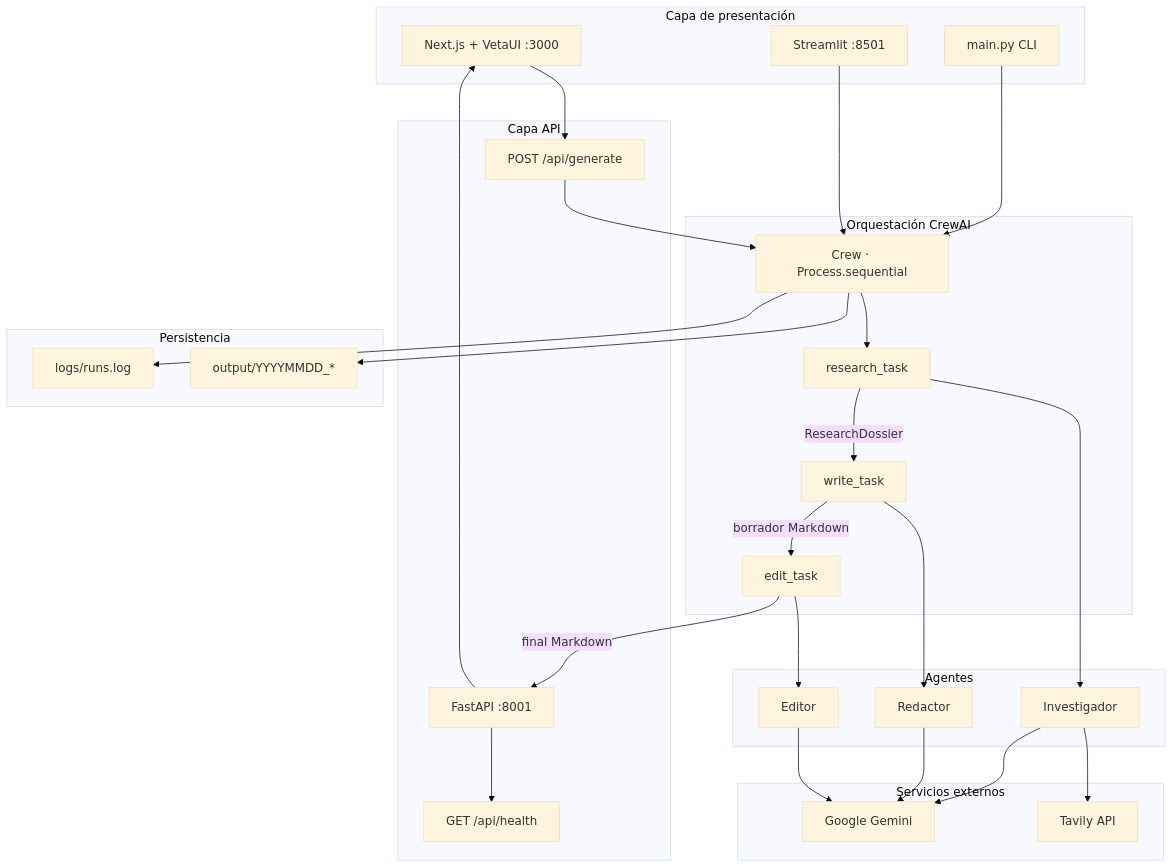
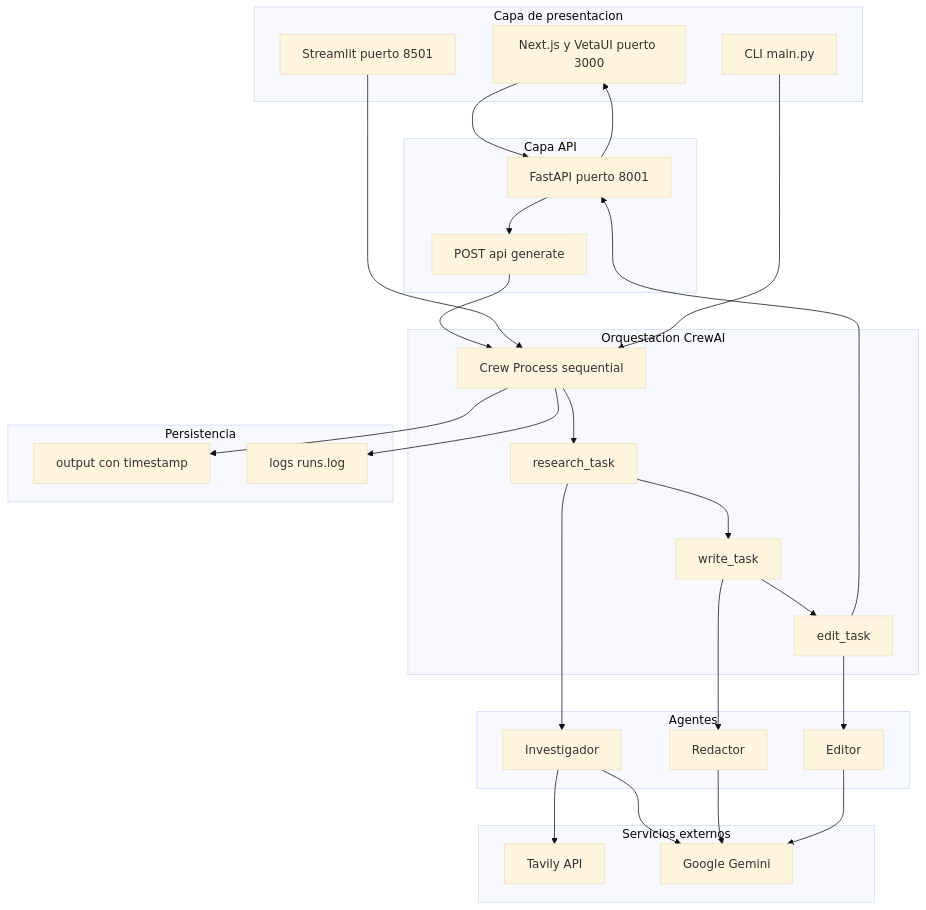
Before and after one commit to wasyra/editorial-crew-crewai: the first of 3 diagrams in README.md, drawn with Mermaid (base theme). The commit also changed other lines of this file and 1 other file, not shown here.

Commit message:
fix: diagramas Mermaid compatibles con GitHub

````diff
--- a/README.md
+++ b/README.md
@@ -120,54 +120,56 @@
 ```mermaid
 flowchart TB
-    subgraph ui [Capa de presentación]
-        WEB[Next.js + VetaUI :3000]
-        ST[Streamlit :8501]
-        CLI[main.py CLI]
+    subgraph presentation [Capa de presentacion]
+        WEB["Next.js y VetaUI puerto 3000"]
+        ST["Streamlit puerto 8501"]
+        CLI["CLI main.py"]
     end
 
-    subgraph api [Capa API]
-        FAST[FastAPI :8001]
-        HEALTH[GET /api/health]
-        GEN[POST /api/generate]
+    subgraph api_layer [Capa API]
+        FAST["FastAPI puerto 8001"]
+        GEN["POST api generate"]
     end
 
-    subgraph orchestration [Orquestación CrewAI]
-        CREW[Crew · Process.sequential]
+    subgraph orchestration [Orquestacion CrewAI]
+        CREW["Crew Process sequential"]
         T1[research_task]
         T2[write_task]
         T3[edit_task]
     end
 
     subgraph agents [Agentes]
-        R[Investigador]
-        W[Redactor]
-        E[Editor]
+        AG_R[Investigador]
+        AG_W[Redactor]
+        AG_E[Editor]
     end
 
     subgraph external [Servicios externos]
         TAV[Tavily API]
         GEM[Google Gemini]
     end
 
     subgraph persistence [Persistencia]
-        OUT[output/YYYYMMDD_*]
-        LOG[logs/runs.log]
+        OUT["output con timestamp"]
+        LOG["logs runs.log"]
     end
 
-    WEB --> GEN
+    WEB --> FAST
+    FAST --> GEN
+    GEN --> CREW
     ST --> CREW
     CLI --> CREW
-    GEN --> CREW
-    FAST --> HEALTH
-    CREW --> T1 --> R
-    R --> TAV
-    R --> GEM
-    T1 -->|ResearchDossier| T2
-    T2 --> W --> GEM
-    T2 -->|borrador Markdown| T3
-    T3 --> E --> GEM
-    T3 -->|final Markdown| FAST
+    CREW --> T1
+    T1 --> AG_R
+    AG_R --> TAV
+    AG_R --> GEM
+    T1 --> T2
+    T2 --> AG_W
+    AG_W --> GEM
+    T2 --> T3
+    T3 --> AG_E
+    AG_E --> GEM
+    T3 --> FAST
     FAST --> WEB
     CREW --> OUT
     CREW --> LOG
 ```
````
